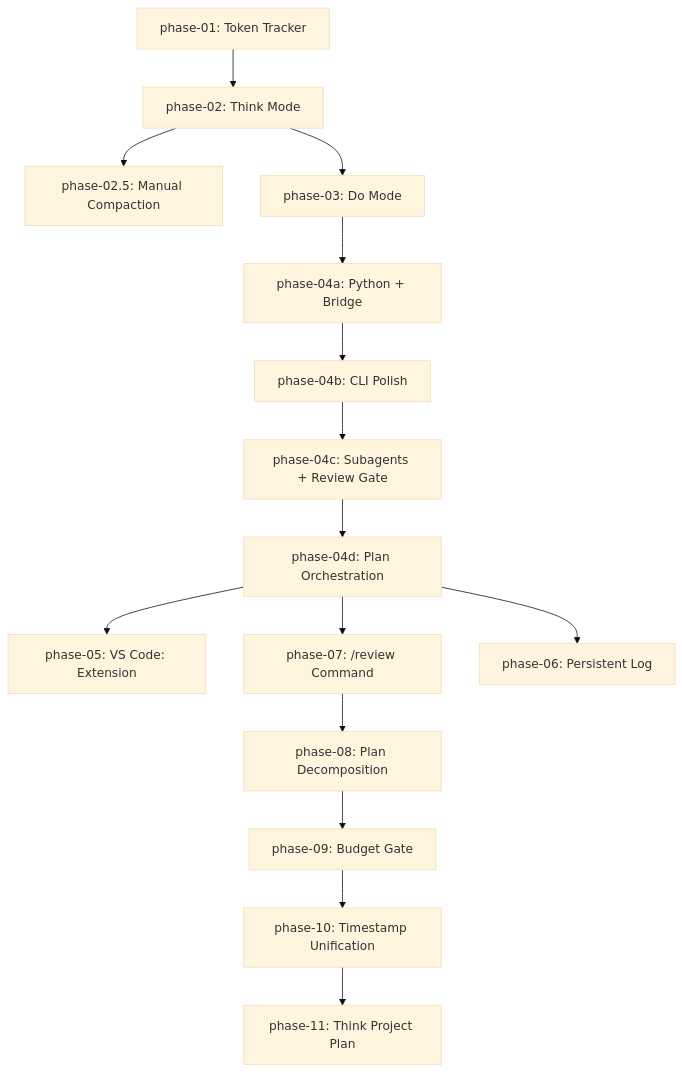
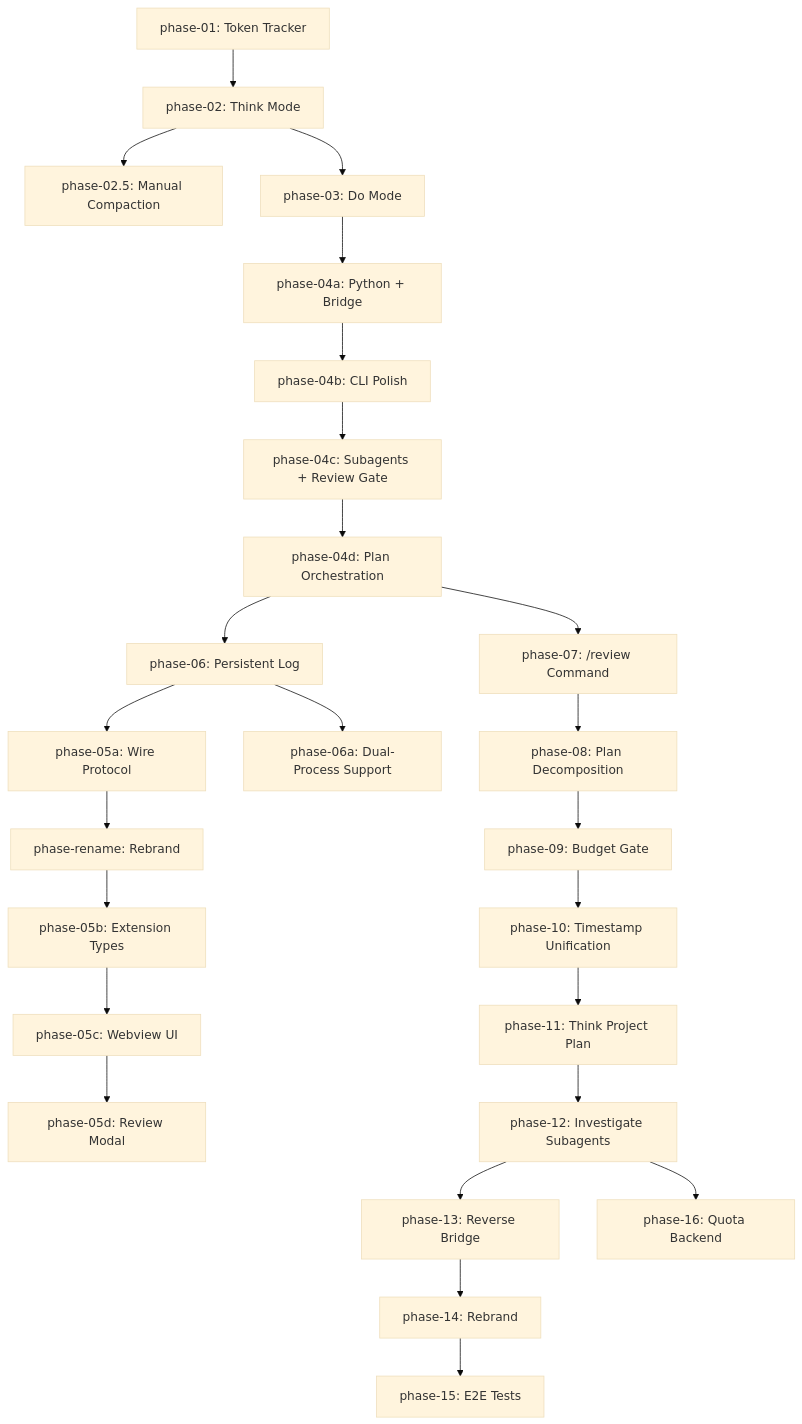
One commit to zemuro/kimi-cli-extensible changed the diagram in plan/index.md. Above: the diagram before and after it, drawn with Mermaid (base theme). The commit also changed other lines of this file and 806 other files, not shown here.

````diff
--- a/plan/index.md
+++ b/plan/index.md
@@ -35,17 +47,27 @@
 ```mermaid
 graph TD
     P01[phase-01: Token Tracker] --> P02[phase-02: Think Mode]
     P02 --> P02_5[phase-02.5: Manual Compaction]
     P02 --> P03[phase-03: Do Mode]
     P03 --> P04a[phase-04a: Python + Bridge]
     P04a --> P04b[phase-04b: CLI Polish]
     P04b --> P04c[phase-04c: Subagents + Review Gate]
     P04c --> P04d[phase-04d: Plan Orchestration]
-    P04d --> P05[phase-05: VS Code: Extension]
     P04d --> P07[phase-07: /review Command]
     P04d --> P06[phase-06: Persistent Log]
+    P06 --> P05A[phase-05a: Wire Protocol]
+    P05A --> PRENAME[phase-rename: Rebrand]
+    P06 --> P06A[phase-06a: Dual-Process Support]
+    PRENAME --> P05B[phase-05b: Extension Types]
+    P05B --> P05C[phase-05c: Webview UI]
+    P05C --> P05D[phase-05d: Review Modal]
     P07 --> P08[phase-08: Plan Decomposition]
     P08 --> P09[phase-09: Budget Gate]
     P09 --> P10[phase-10: Timestamp Unification]
     P10 --> P11[phase-11: Think Project Plan]
+    P11 --> P12[phase-12: Investigate Subagents]
+    P12 --> P13[phase-13: Reverse Bridge]
+    P13 --> P14[phase-14: Rebrand]
+    P14 --> P15[phase-15: E2E Tests]
+    P12 --> P16[phase-16: Quota Backend]
 ```
````
